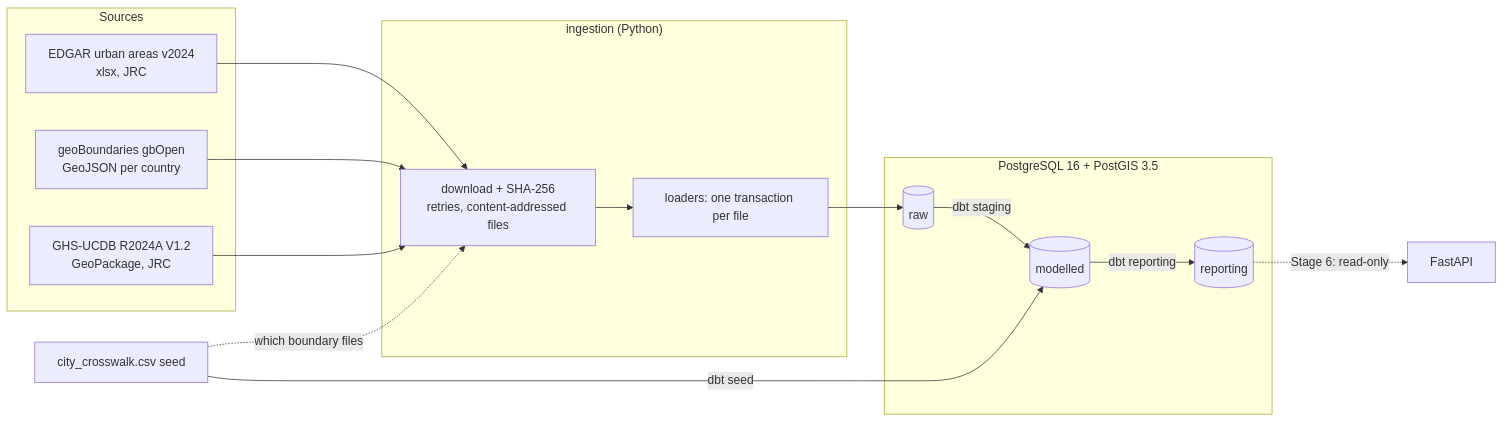
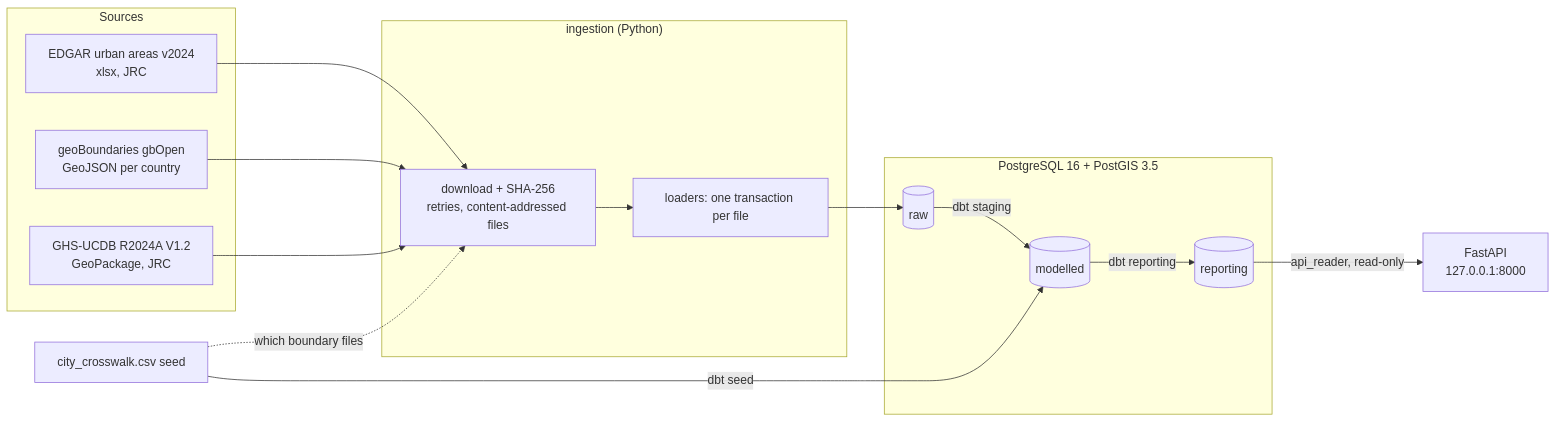
The first of 2 diagrams in README.md (tom-cruiser/city-emissions-platform), drawn with Mermaid before and after one commit. The commit also changed other lines of this file and 5 other files, not shown here.

First line of the commit message:
Stage 6 (4/4): API service in Docker Compose

````diff
--- a/README.md
+++ b/README.md
@@ -68,26 +78,26 @@
 ```mermaid
 flowchart LR
     subgraph Sources
         E[EDGAR urban areas v2024<br/>xlsx, JRC]
         G[geoBoundaries gbOpen<br/>GeoJSON per country]
         U[GHS-UCDB R2024A V1.2<br/>GeoPackage, JRC]
     end
     subgraph ingestion["ingestion (Python)"]
         D[download + SHA-256<br/>retries, content-addressed files]
         L[loaders: one transaction per file]
     end
     subgraph Postgres["PostgreSQL 16 + PostGIS 3.5"]
         R[(raw)]
         M[(modelled)]
         P[(reporting)]
     end
     X[city_crosswalk.csv seed]
     E --> D
     G --> D
     U --> D
     D --> L --> R
     X -. which boundary files .-> D
     R -- dbt staging --> M -- dbt reporting --> P
     X -- dbt seed --> M
-    P -. Stage 6: read-only .-> API[FastAPI]
+    P -- api_reader, read-only --> API[FastAPI<br/>127.0.0.1:8000]
 ```
````
